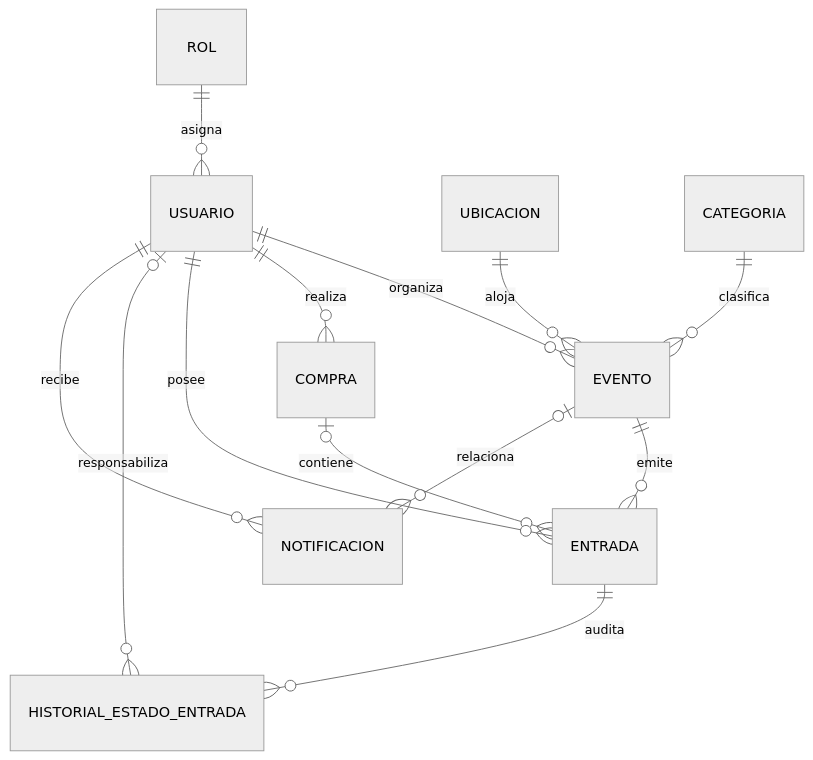
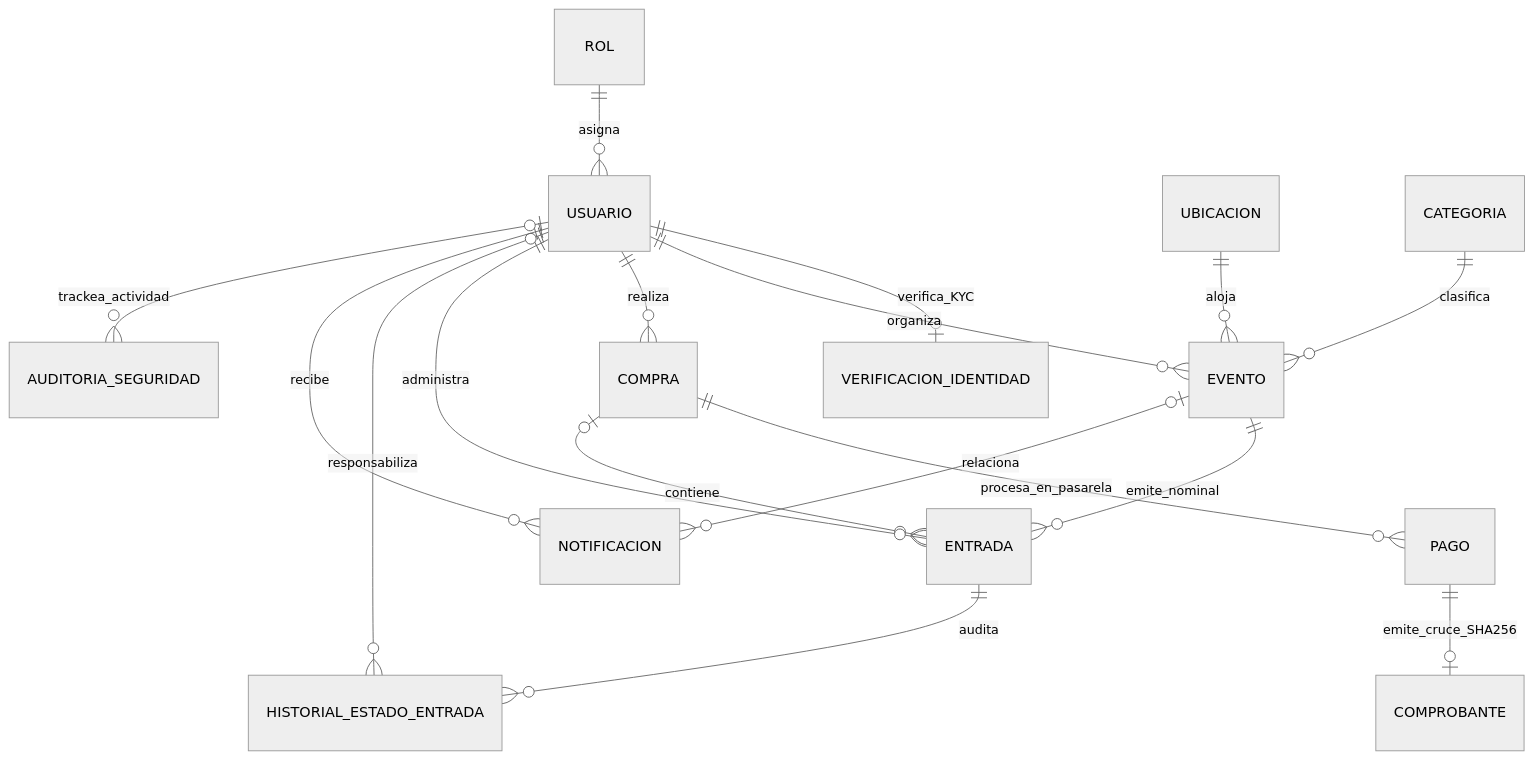
One commit to ignaci1o/Butaca changed the diagram in docs/glosario-y-modelo-base-de-datos.md. Above: the diagram before and after it, drawn with Mermaid (neutral theme). The commit also changed other lines of this file and 70 other files, not shown here.

Commit message:
feat: agregar pasarela de pago PCI-DSS, verificacion KYC, cruce SHA-256, entradas nominales, auditoria y diagrama 13 tablas en 3FN

````diff
--- a/docs/glosario-y-modelo-base-de-datos.md
+++ b/docs/glosario-y-modelo-base-de-datos.md
@@ -11,15 +11,19 @@
 ```mermaid
 erDiagram
     ROL ||--o{ USUARIO : asigna
+    USUARIO ||--o| VERIFICACION_IDENTIDAD : verifica_KYC
     USUARIO ||--o{ EVENTO : organiza
     UBICACION ||--o{ EVENTO : aloja
     CATEGORIA ||--o{ EVENTO : clasifica
     USUARIO ||--o{ COMPRA : realiza
+    COMPRA ||--o{ PAGO : procesa_en_pasarela
+    PAGO ||--o| COMPROBANTE : emite_cruce_SHA256
     COMPRA o|--o{ ENTRADA : contiene
-    EVENTO ||--o{ ENTRADA : emite
-    USUARIO ||--o{ ENTRADA : posee
+    EVENTO ||--o{ ENTRADA : emite_nominal
+    USUARIO ||--o{ ENTRADA : administra
     ENTRADA ||--o{ HISTORIAL_ESTADO_ENTRADA : audita
     USUARIO o|--o{ HISTORIAL_ESTADO_ENTRADA : responsabiliza
     USUARIO ||--o{ NOTIFICACION : recibe
     EVENTO o|--o{ NOTIFICACION : relaciona
+    USUARIO o|--o{ AUDITORIA_SEGURIDAD : trackea_actividad
 ```
````
